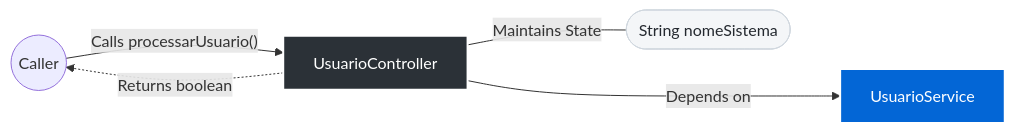
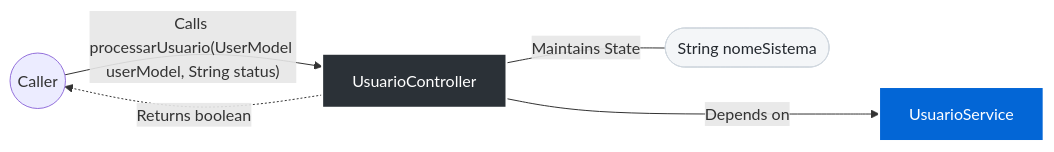
Before and after one commit to FelipeMCassiano/geanky: the diagram in docs/UsuarioController.md, drawn with Mermaid. The commit also changed other lines of this file and 4 other files, not shown here.

````diff
--- a/docs/UsuarioController.md
+++ b/docs/UsuarioController.md
@@ -33,27 +33,27 @@
 ```mermaid
 flowchart LR
     %% Styling
     classDef classNode fill:#2b3137,stroke:#fff,stroke-width:2px,color:#fff;
     classDef stateNode fill:#f4f6f8,stroke:#d0d7de,color:#24292f;
     classDef extNode fill:#0366d6,stroke:#fff,stroke-width:2px,color:#fff;
     
     Caller(("Caller"))
     ThisClass["UsuarioController"]:::classNode
 
     %% Method Calls
     
-    Caller -- "Calls processarUsuario()" --> ThisClass
+    Caller -- "Calls processarUsuario(UserModel userModel, String status)" --> ThisClass
     ThisClass -. "Returns boolean" .-> Caller
     
 
     %% State vs External Dependencies
     
     
     ThisClass -- "Maintains State" --- State_nomeSistema(["String nomeSistema"]):::stateNode
     
     
     
     ThisClass -- "Depends on" ---> Dep_service["UsuarioService"]:::extNode
     
     
 ```
````
